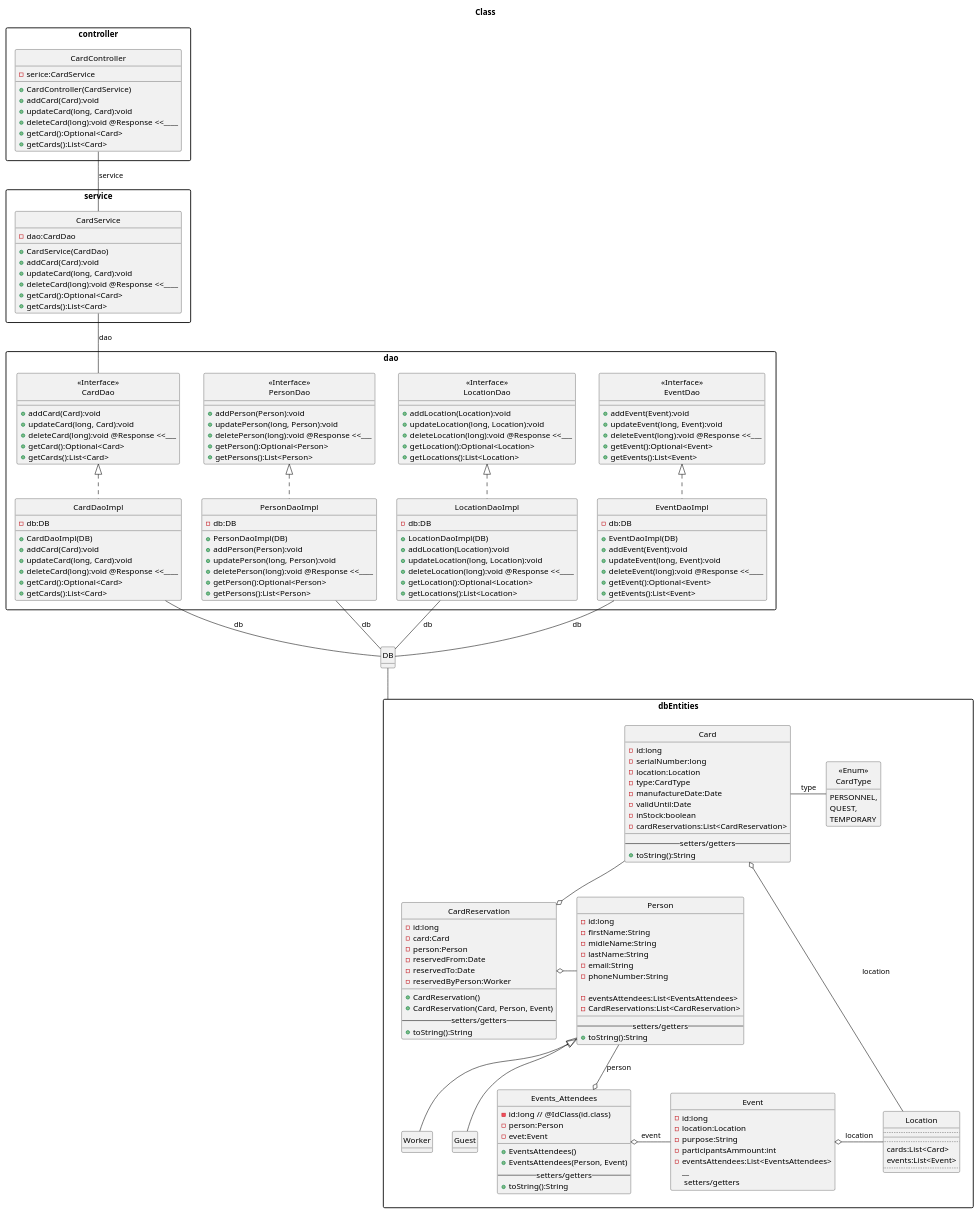
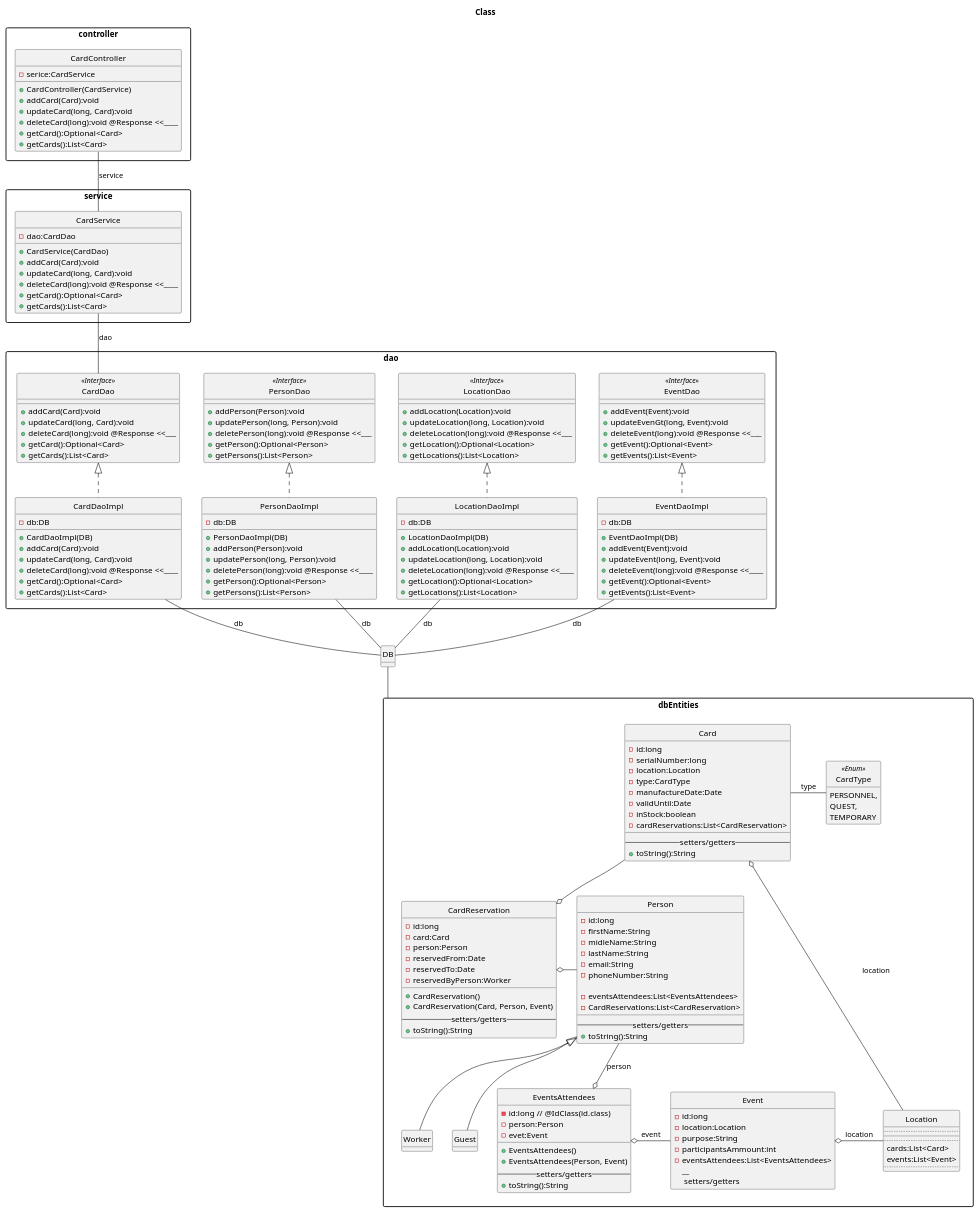
The first of 3 diagrams in test.org (oakishGrove/dia), drawn with PlantUML before and after one commit. The commit also changed other lines of this file and 2 other files, not shown here.

```diff
--- a/test.org
+++ b/test.org
@@ -4,7 +4,7 @@
 skinparam packageStyle rectangle
 
 hide circle
-hide stereotypes
+'hide stereotypes
 hide methods
 title Class
 
@@ -25,7 +25,7 @@
         ..
     }
 
-    Enum "<<Enum>>\nCardType" as CardType {
+    Enum "CardType" as CardType << Enum >> {
         PERSONNEL,
         QUEST,
         TEMPORARY
@@ -44,7 +44,7 @@
           +toString():String
     }
 
-    class "Events_Attendees" as EventsAttendees {
+    class EventsAttendees {
         -id:long // @IdClass(id.class)
         -person:Person
         -evet:Event
@@ -117,7 +117,7 @@
 
 
 namespace dao {
-    class "<<Interface>>\nCardDao" as CardDao {
+    class "CardDao" as CardDao  << Interface >> {
         __
         +addCard(Card):void
         +updateCard(long, Card):void
@@ -138,7 +138,7 @@
     }
 
 
-    class "<<Interface>>\nPersonDao" as PersonDao {
+    class "PersonDao" as PersonDao << Interface >> {
         __
         +addPerson(Person):void
         +updatePerson(long, Person):void
@@ -159,7 +159,7 @@
     }
 
 
-    class "<<Interface>>\nLocationDao" as LocationDao {
+    class "LocationDao" as LocationDao << Interface >> {
         __
         +addLocation(Location):void
         +updateLocation(long, Location):void
@@ -180,11 +180,10 @@
     }
 
 
-
-    class "<<Interface>>\nEventDao" as EventDao {
+    class EventDao << Interface >> {
         __
         +addEvent(Event):void
-        +updateEvent(long, Event):void
+        +updateEvenGt(long, Event):void
         +deleteEvent(long):void @Response <<___
         +getEvent():Optional<Event>
         +getEvents():List<Event>
```
